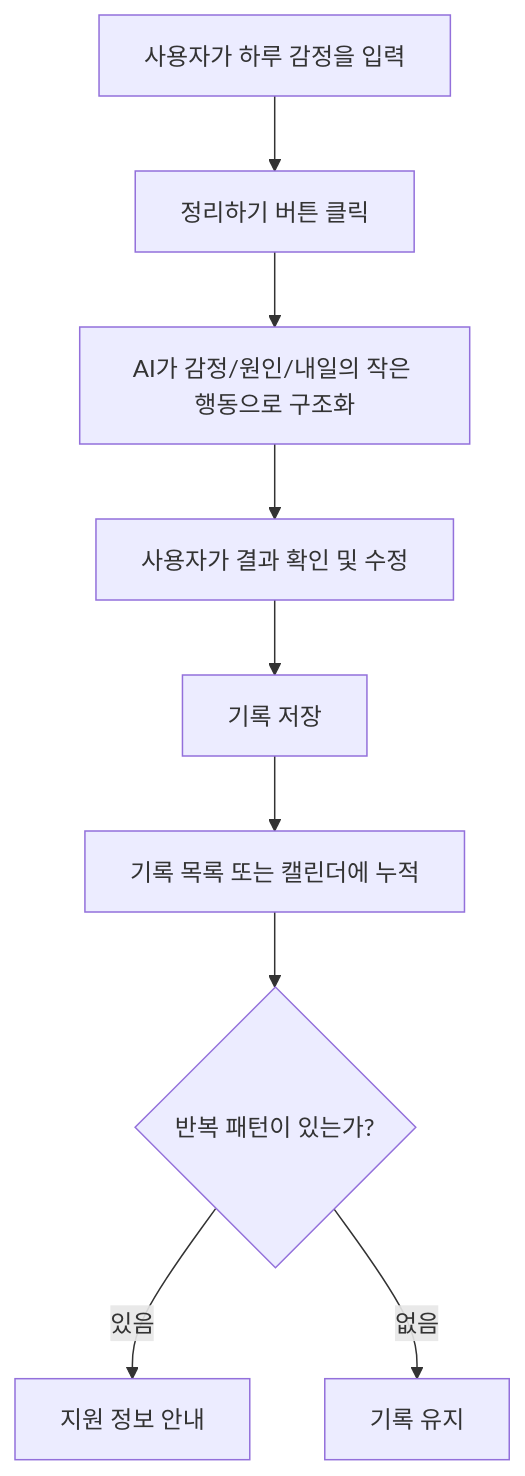
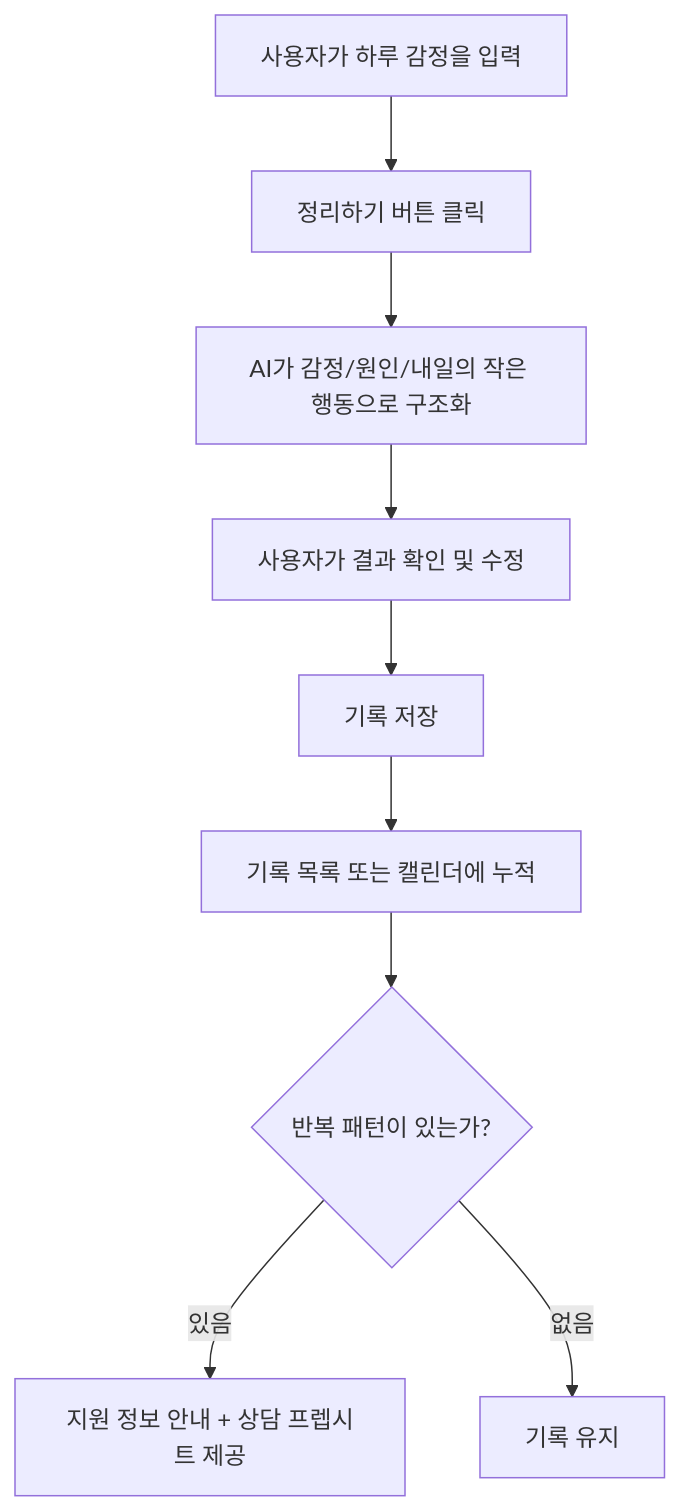
The diagram in docs/plan.md (Mureung1/hub-showcase), drawn with Mermaid before and after one commit. The commit also changed other lines of this file and 1 other file, not shown here.

First line of the commit message:
feat: 상담 프렙시트 기능 추가

````diff
--- a/docs/plan.md
+++ b/docs/plan.md
@@ -64,11 +66,11 @@
 ```mermaid
 flowchart TD
     A[사용자가 하루 감정을 입력] --> B[정리하기 버튼 클릭]
     B --> C[AI가 감정/원인/내일의 작은 행동으로 구조화]
     C --> D[사용자가 결과 확인 및 수정]
     D --> E[기록 저장]
     E --> F[기록 목록 또는 캘린더에 누적]
     F --> G{반복 패턴이 있는가?}
-    G -- 있음 --> H[지원 정보 안내]
+    G -- 있음 --> H[지원 정보 안내 + 상담 프렙시트 제공]
     G -- 없음 --> I[기록 유지]
 ```
````
